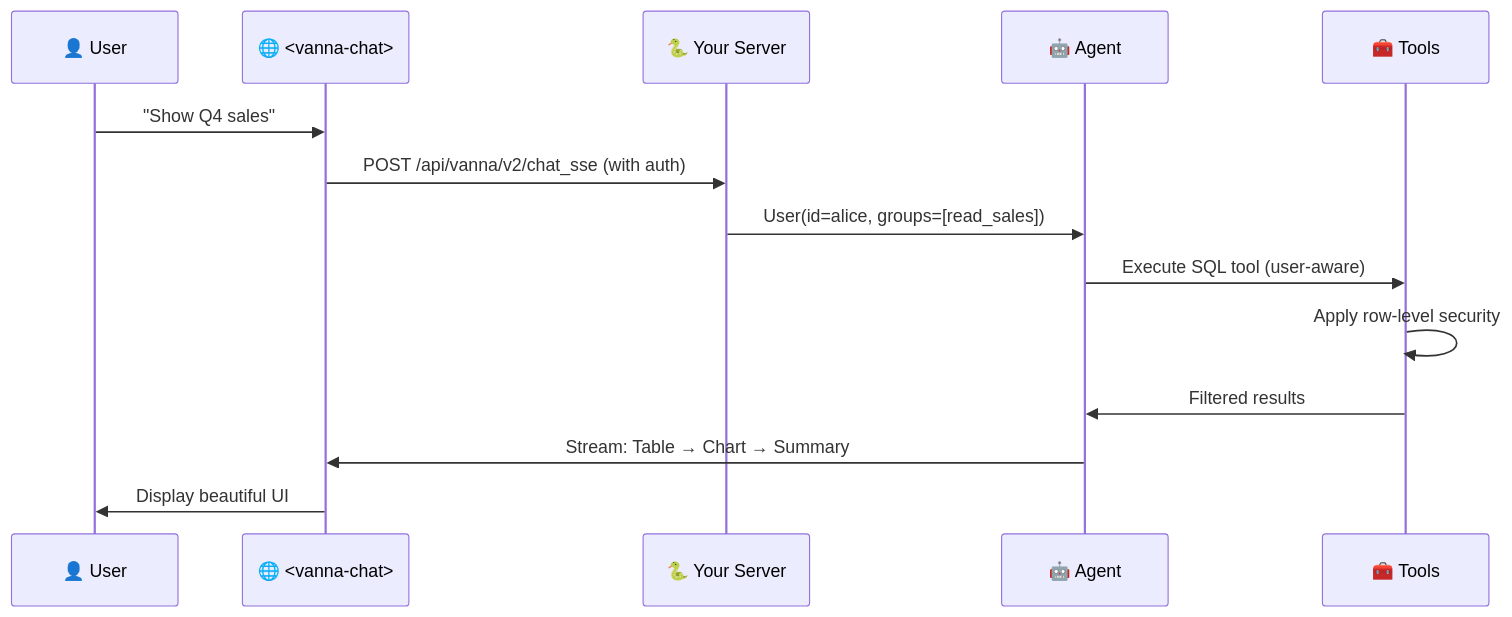
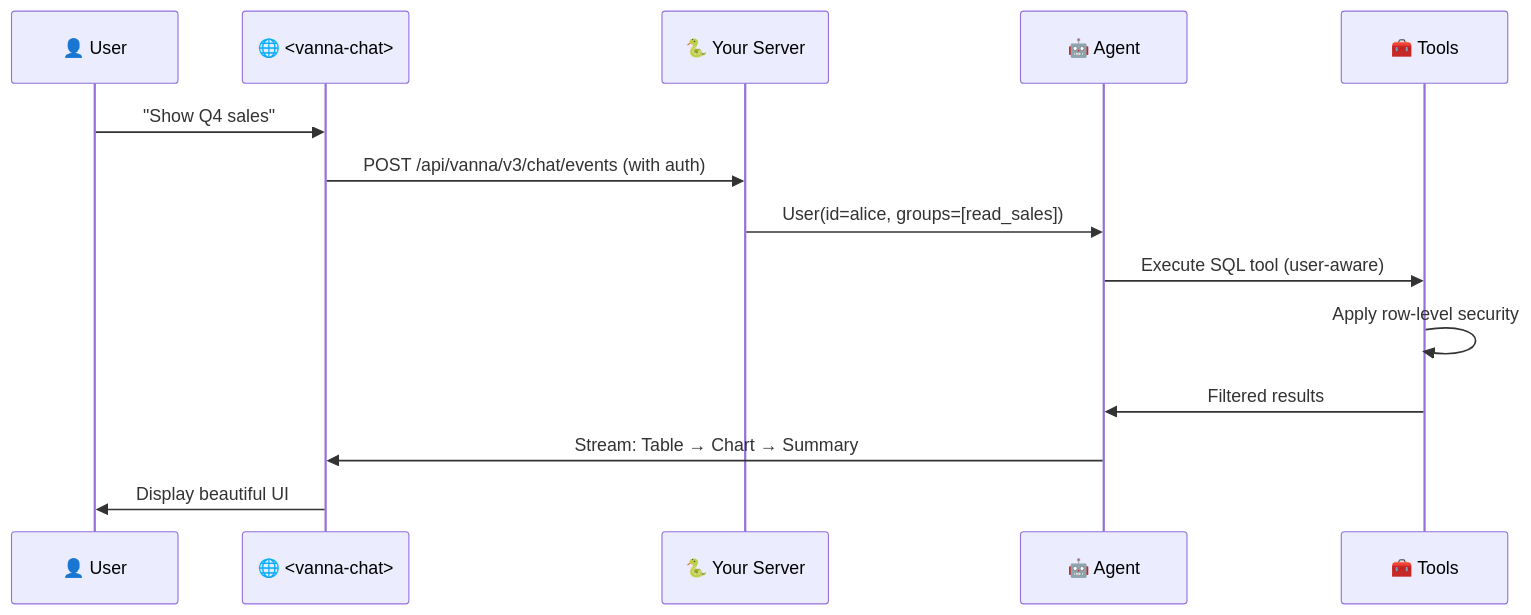
One commit to xhu96/vanna-v3 changed the diagram in README.md. Above: the diagram before and after it, drawn with Mermaid. The commit also changed other lines of this file, not shown here.

````diff
--- a/README.md
+++ b/README.md
@@ -118,17 +128,17 @@
 ```mermaid
 sequenceDiagram
     participant U as 👤 User
     participant W as 🌐 <vanna-chat>
     participant S as 🐍 Your Server
     participant A as 🤖 Agent
     participant T as 🧰 Tools
 
     U->>W: "Show Q4 sales"
-    W->>S: POST /api/vanna/v2/chat_sse (with auth)
+    W->>S: POST /api/vanna/v3/chat/events (with auth)
     S->>A: User(id=alice, groups=[read_sales])
     A->>T: Execute SQL tool (user-aware)
     T->>T: Apply row-level security
     T->>A: Filtered results
     A->>W: Stream: Table → Chart → Summary
     W->>U: Display beautiful UI
 ```
````
